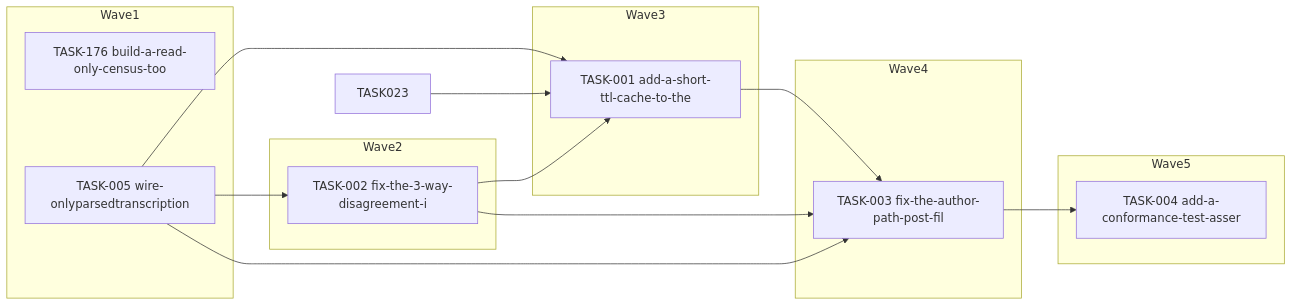
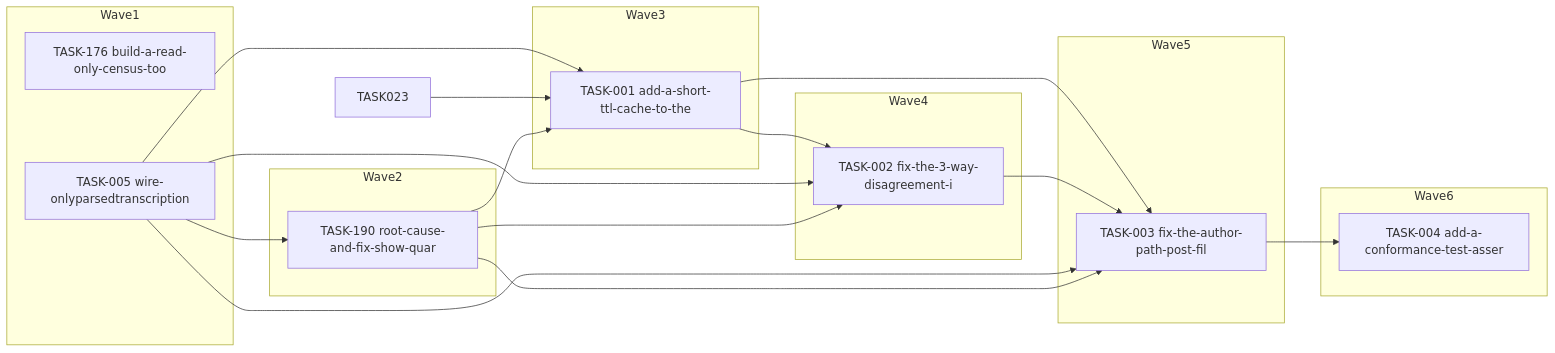
Before and after one commit to falkcorp/audiobook-organizer: the diagram in docs/agent-tasks/todo-completion/audiobooks/orchestration.md, drawn with Mermaid. The commit also changed other lines of this file and 275 other files, not shown here.

````diff
--- a/docs/agent-tasks/todo-completion/audiobooks/orchestration.md
+++ b/docs/agent-tasks/todo-completion/audiobooks/orchestration.md
@@ -12,27 +12,34 @@
 ```mermaid
 flowchart LR
     subgraph Wave1
       TASK176[TASK-176 build-a-read-only-census-too]
       TASK005[TASK-005 wire-onlyparsedtranscription]
     end
     subgraph Wave2
-      TASK002[TASK-002 fix-the-3-way-disagreement-i]
+      TASK190[TASK-190 root-cause-and-fix-show-quar]
     end
     subgraph Wave3
       TASK001[TASK-001 add-a-short-ttl-cache-to-the]
     end
     subgraph Wave4
+      TASK002[TASK-002 fix-the-3-way-disagreement-i]
+    end
+    subgraph Wave5
       TASK003[TASK-003 fix-the-author-path-post-fil]
     end
-    subgraph Wave5
+    subgraph Wave6
       TASK004[TASK-004 add-a-conformance-test-asser]
     end
+    TASK001 --> TASK002
     TASK001 --> TASK003
-    TASK002 --> TASK001
     TASK002 --> TASK003
     TASK003 --> TASK004
     TASK005 --> TASK001
     TASK005 --> TASK002
     TASK005 --> TASK003
+    TASK005 --> TASK190
     TASK023 --> TASK001
+    TASK190 --> TASK001
+    TASK190 --> TASK002
+    TASK190 --> TASK003
 ```
````
